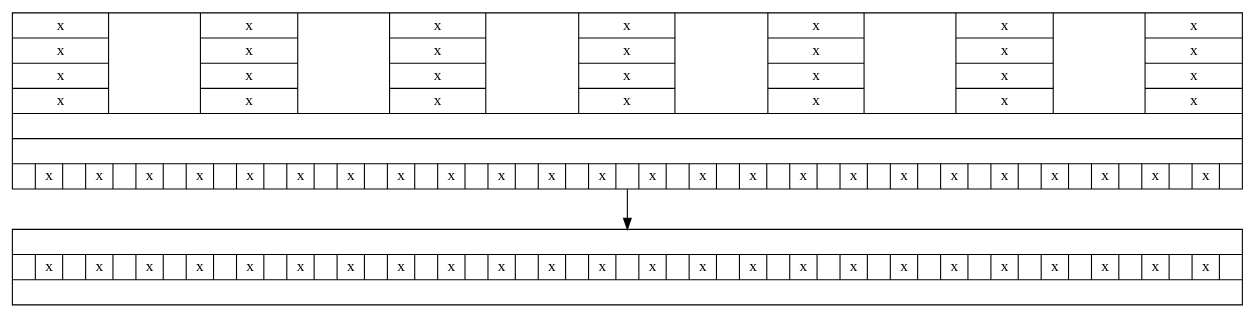
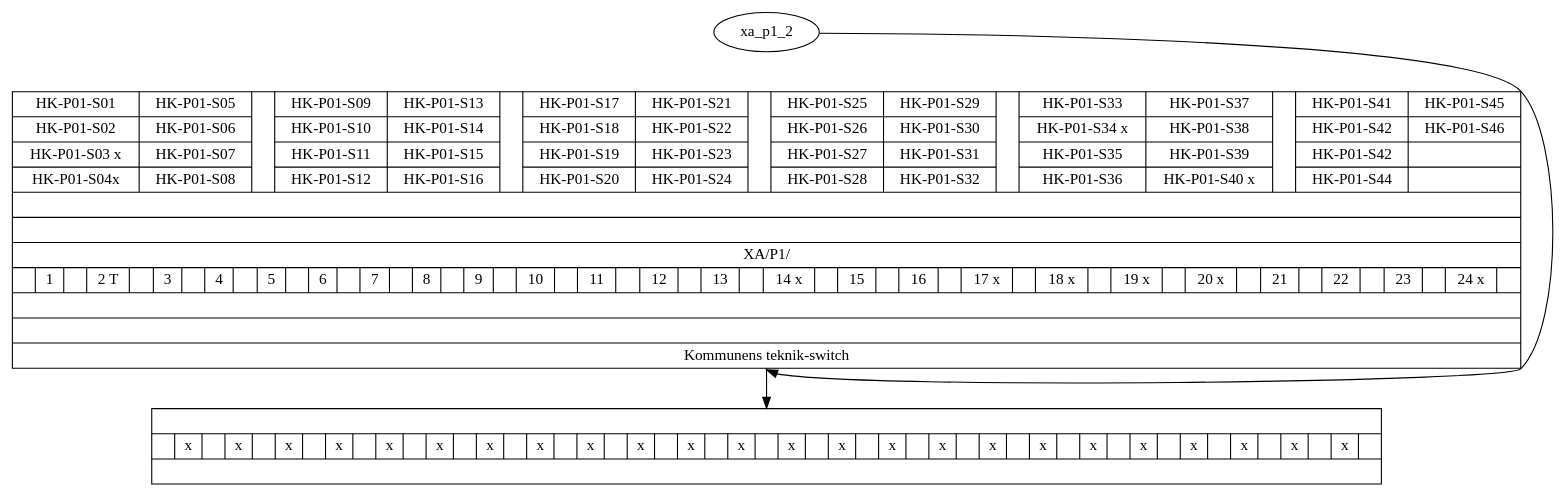
One commit to alslug/alslug.dk changed the diagram in projekter/patch-paneler.dot. Above: the diagram before and after it, drawn with Graphviz.

```diff
--- a/projekter/patch-paneler.dot
+++ b/projekter/patch-paneler.dot
@@ -1,18 +1,31 @@
 digraph xxx {
   bib_patch [ shape=record label="{
   					{
-						{x|x|x|x}||
-						{x|x|x|x}||
-						{x|x|x|x}||
-						{x|x|x|x}||
-						{x|x|x|x}||
-						{x|x|x|x}||
-						{x|x|x|x}
-					}|||
-					{|x||x||x||x||x||x||x||x||x||x||x||x||x||x||x||x||x||x||x||x||x||x||x||x|}
+						{HK-P01-S01|HK-P01-S02|HK-P01-S03 x|HK-P01-S04x}|
+						{HK-P01-S05|HK-P01-S06|HK-P01-S07|HK-P01-S08}||
+						
+						{HK-P01-S09|HK-P01-S10|HK-P01-S11|HK-P01-S12}|
+						{HK-P01-S13|HK-P01-S14|HK-P01-S15|HK-P01-S16}||
+						
+						{HK-P01-S17|HK-P01-S18|HK-P01-S19|HK-P01-S20}|
+						{HK-P01-S21|HK-P01-S22|HK-P01-S23|HK-P01-S24}||
+						
+						{HK-P01-S25|HK-P01-S26|HK-P01-S27|HK-P01-S28}|
+						{HK-P01-S29|HK-P01-S30|HK-P01-S31|HK-P01-S32}||
+						
+						{HK-P01-S33|HK-P01-S34 x|HK-P01-S35|HK-P01-S36}|
+						{HK-P01-S37|HK-P01-S38|HK-P01-S39|HK-P01-S40 x}||
+						
+						{HK-P01-S41|HK-P01-S42|HK-P01-S42|HK-P01-S44}|
+						{HK-P01-S45|HK-P01-S46||}
+					}
+					|||XA/P1/|
+					{|1||<xa_p1_2> 2 T||3||4||5||6||7||8||9||10||11||12||13||14 x||15||16||17 x||18 x||19 x||20 x||21||22||23||24 x|}
+					|||<kom_switch>Kommunens teknik-switch
 				   }" ];
   alslug_patch [ shape=record label="{
 					|{ |x| |x| |x| |x| |x| |x| |x| |x| |x| |x| |x| |x| |x| |x| |x| |x| |x| |x| |x| |x| |x| |x| |x| |x| }|
                                       }" ];
   bib_patch -> alslug_patch;
+  xa_p1_2 -> bib_patch:kom_switch;
 }
```
